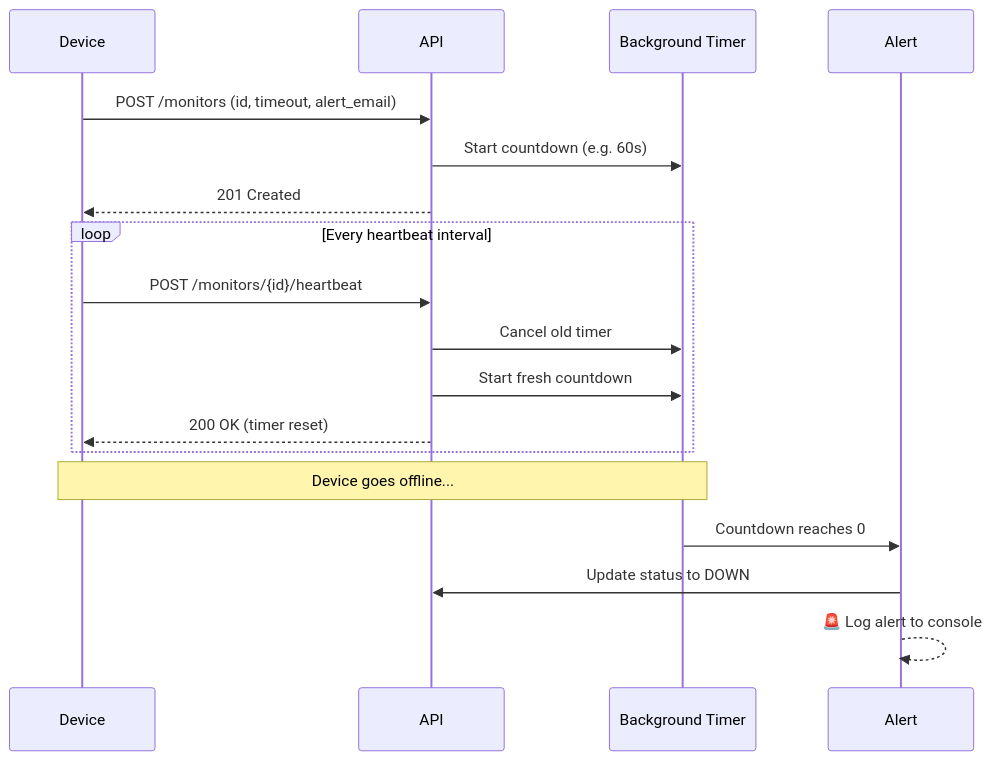
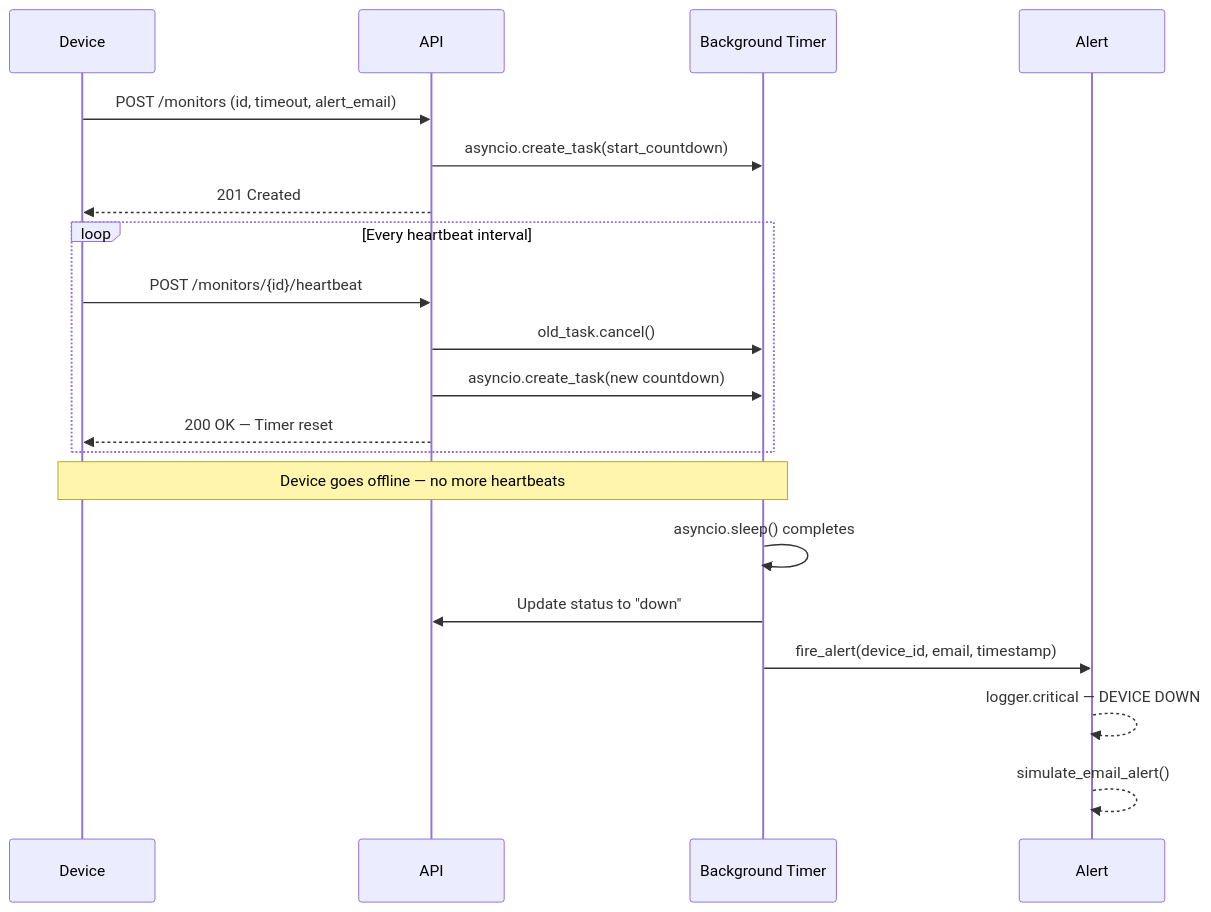
One commit to mhiskall282/Pulse-Check-API changed the second of 4 diagrams in README.md. Above: the diagram before and after it, drawn with Mermaid. The commit also changed other lines of this file, not shown here.

First line of the commit message:
docs: comprehensive README with architecture, engineering decisions and production roadmap

````diff
--- a/README.md
+++ b/README.md
@@ -39,24 +93,26 @@
 ```mermaid
 sequenceDiagram
     participant Device
     participant API
     participant Timer as Background Timer
     participant Alert
 
     Device->>API: POST /monitors (id, timeout, alert_email)
-    API->>Timer: Start countdown (e.g. 60s)
+    API->>Timer: asyncio.create_task(start_countdown)
     API-->>Device: 201 Created
 
     loop Every heartbeat interval
         Device->>API: POST /monitors/{id}/heartbeat
-        API->>Timer: Cancel old timer
-        API->>Timer: Start fresh countdown
-        API-->>Device: 200 OK (timer reset)
+        API->>Timer: old_task.cancel()
+        API->>Timer: asyncio.create_task(new countdown)
+        API-->>Device: 200 OK — Timer reset
     end
 
-    Note over Device,Timer: Device goes offline...
+    Note over Device,Timer: Device goes offline — no more heartbeats
 
-    Timer->>Alert: Countdown reaches 0
-    Alert->>API: Update status to DOWN
-    Alert-->>Alert: 🚨 Log alert to console
+    Timer->>Timer: asyncio.sleep() completes
+    Timer->>API: Update status to "down"
+    Timer->>Alert: fire_alert(device_id, email, timestamp)
+    Alert-->>Alert: logger.critical — DEVICE DOWN
+    Alert-->>Alert: simulate_email_alert()
 ```
````
